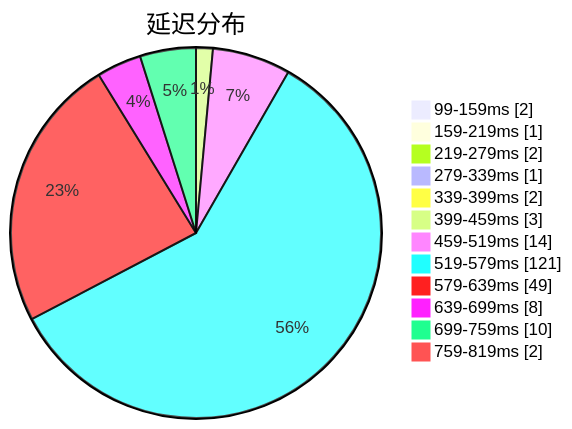
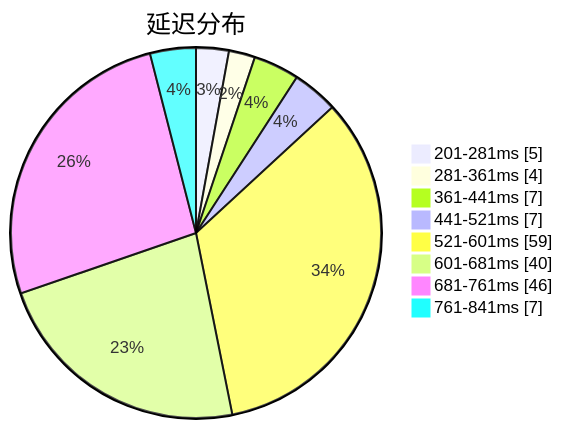
Before and after one commit to sinspired/airport: the first of 3 diagrams in subs/statistics/tested_within.md, drawn with Mermaid. The commit also changed other lines of this file and 2 other files, not shown here.

````diff
--- a/subs/statistics/tested_within.md
+++ b/subs/statistics/tested_within.md
@@ -2,16 +2,12 @@
 ```mermaid
 pie showData
 title 延迟分布
-"99-159ms" : 2
-"159-219ms" : 1
-"219-279ms" : 2
-"279-339ms" : 1
-"339-399ms" : 2
-"399-459ms" : 3
-"459-519ms" : 14
-"519-579ms" : 121
-"579-639ms" : 49
-"639-699ms" : 8
-"699-759ms" : 10
-"759-819ms" : 2
+"201-281ms" : 5
+"281-361ms" : 4
+"361-441ms" : 7
+"441-521ms" : 7
+"521-601ms" : 59
+"601-681ms" : 40
+"681-761ms" : 46
+"761-841ms" : 7
 ```
````
